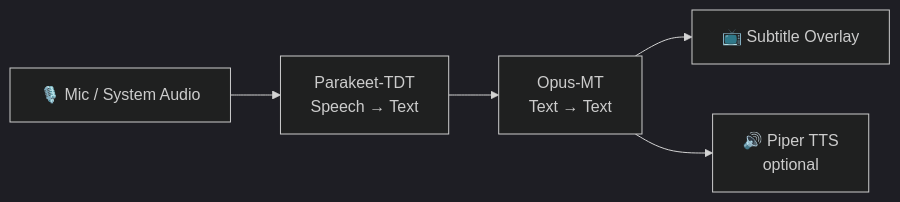
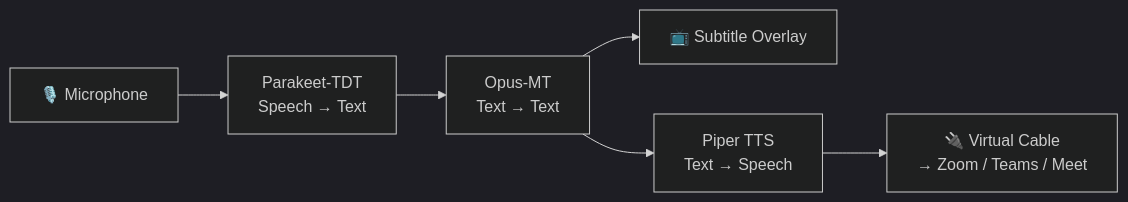
One commit to NBS282/LiveTranslate changed the first of 2 diagrams in README.md. Above: the diagram before and after it, drawn with Mermaid (dark theme). The commit also changed other lines of this file, not shown here.

Commit message:
docs(readme): rewrite intro and How it works, add virtual cable setup, live keyboard output roadmap item

````diff
--- a/README.md
+++ b/README.md
@@ -45,7 +47,8 @@
 ```mermaid
 flowchart LR
-    A["🎙️ Mic / System Audio"] --> B["Parakeet-TDT\nSpeech → Text"]
+    A["🎙️ Microphone"] --> B["Parakeet-TDT\nSpeech → Text"]
     B --> C["Opus-MT\nText → Text"]
     C --> D["📺 Subtitle Overlay"]
-    C --> E["🔊 Piper TTS\noptional"]
+    C --> E["Piper TTS\nText → Speech"]
+    E --> F["🔌 Virtual Cable\n→ Zoom / Teams / Meet"]
 ```
````
